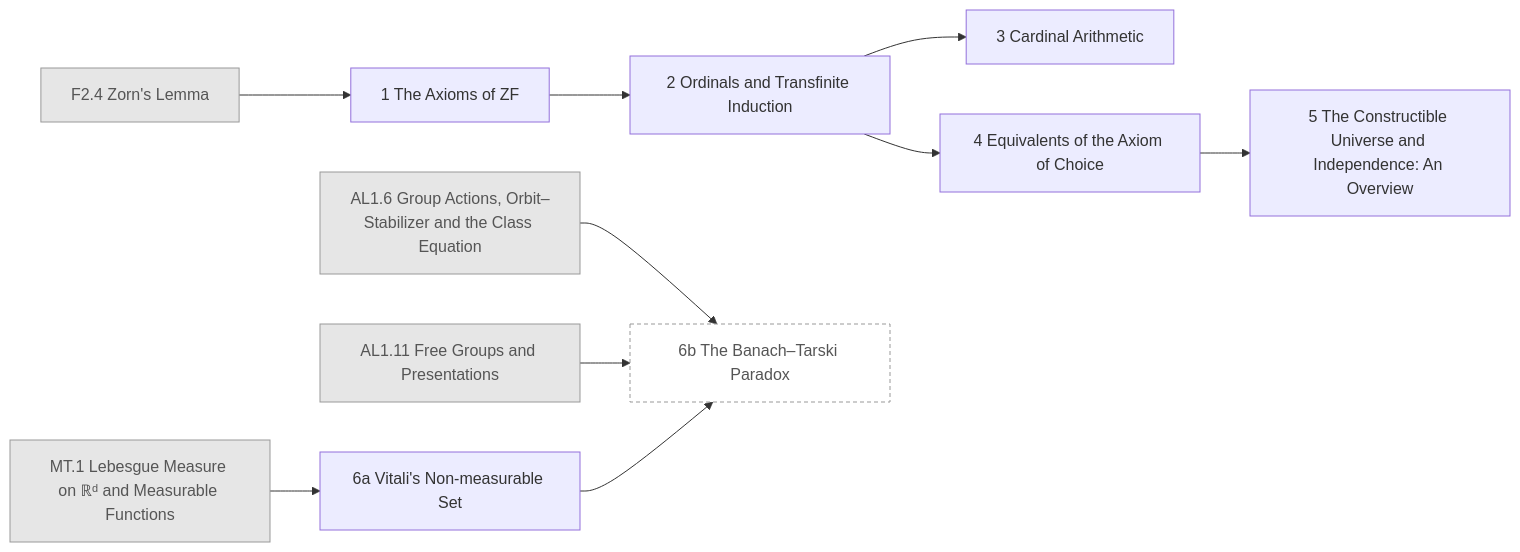
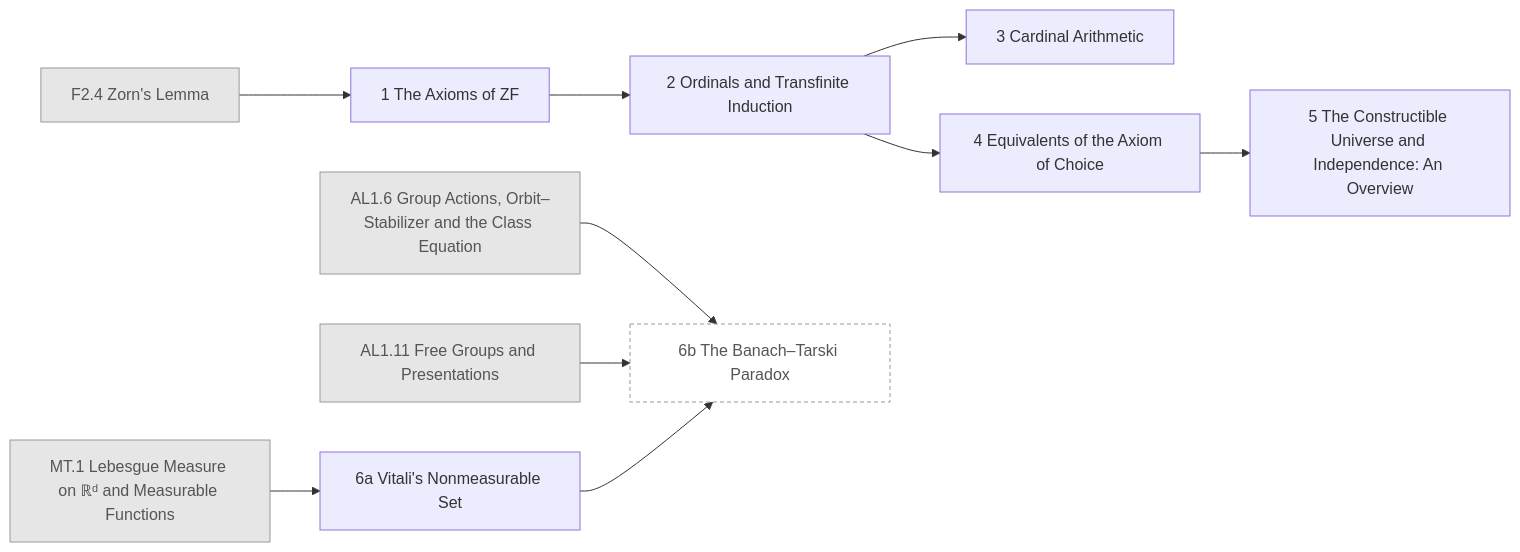
One commit to AkizumiFox/math-atlas changed the diagram in generated/chapters/ST.mmd. Above: the diagram before and after it, drawn with Mermaid. The commit also changed 13 other files, not shown here.

```diff
--- a/generated/chapters/ST.mmd
+++ b/generated/chapters/ST.mmd
@@ -1,24 +1,24 @@
 flowchart LR
   F2_4["F2.4 Zorn's Lemma"]:::ext
   AL1_6["AL1.6 Group Actions, Orbit–Stabilizer and the Class Equation"]:::ext
   AL1_11["AL1.11 Free Groups and Presentations"]:::ext
   MT_1["MT.1 Lebesgue Measure on ℝᵈ and Measurable Functions"]:::ext
   ST_1["1 The Axioms of ZF"]
   ST_2["2 Ordinals and Transfinite Induction"]
   ST_3["3 Cardinal Arithmetic"]
   ST_4["4 Equivalents of the Axiom of Choice"]
   ST_5["5 The Constructible Universe and Independence: An Overview"]
-  ST_6a["6a Vitali's Non-measurable Set"]
+  ST_6a["6a Vitali's Nonmeasurable Set"]
   ST_6b["6b The Banach–Tarski Paradox"]:::opt
   F2_4 --> ST_1
   ST_1 --> ST_2
   ST_2 --> ST_3
   ST_2 --> ST_4
   ST_4 --> ST_5
   MT_1 --> ST_6a
   AL1_6 --> ST_6b
   AL1_11 --> ST_6b
   ST_6a --> ST_6b
   classDef ext fill:#e6e6e6,stroke:#999,color:#555
   classDef opt fill:#fff,stroke:#999,stroke-dasharray:4 3,color:#555
   classDef segb fill:#f6f6fb,stroke:#99a,color:#333
```
